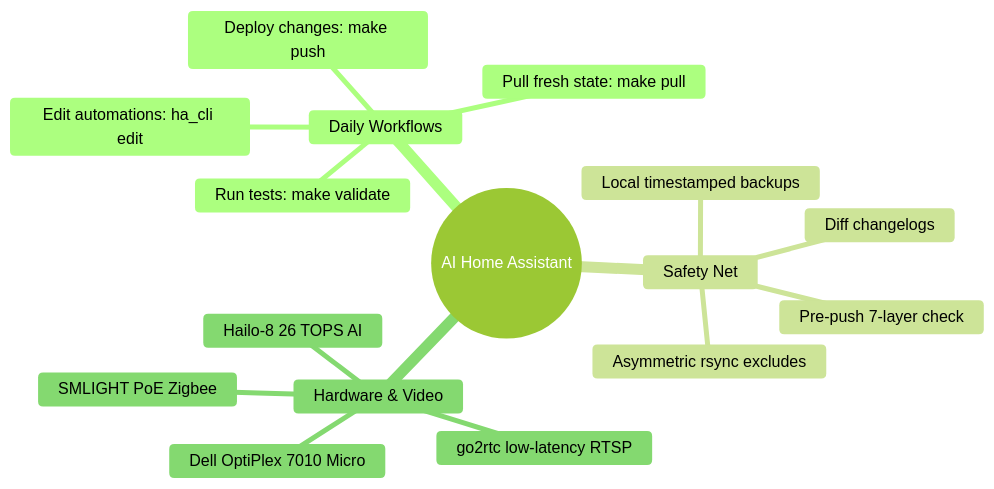
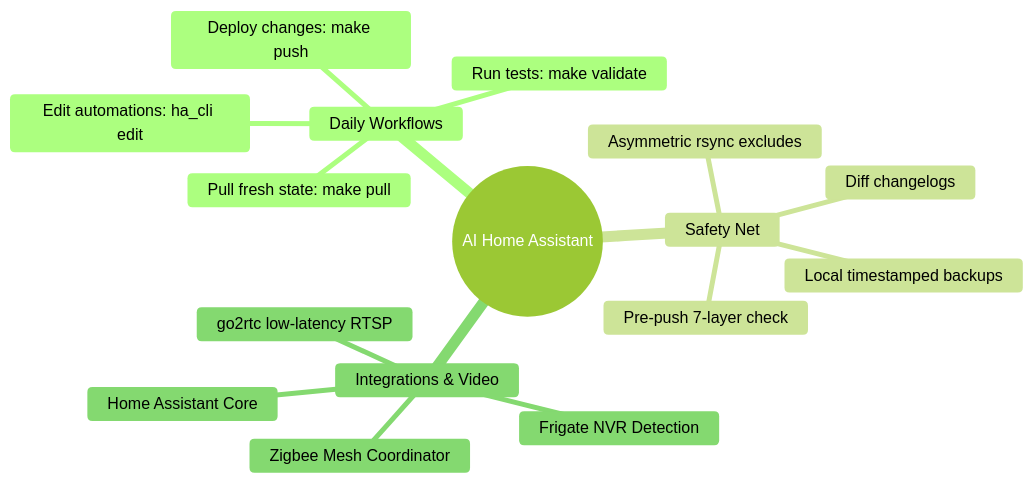
Before and after one commit to stephenwong/claude-homeassistant: the second of 2 diagrams in docs/wiki/Home.md, drawn with Mermaid (forest theme). The commit also changed other lines of this file and 3 other files, not shown here.

First line of the commit message:
docs: remove specific hardware models and generalize architecture

````diff
--- a/docs/wiki/Home.md
+++ b/docs/wiki/Home.md
@@ -114,19 +114,19 @@
 ```mermaid
 mindmap
   root((AI Home Assistant))
     Daily Workflows
       Edit automations: ha_cli edit
       Run tests: make validate
       Deploy changes: make push
       Pull fresh state: make pull
     Safety Net
       Pre-push 7-layer check
       Asymmetric rsync excludes
       Local timestamped backups
       Diff changelogs
-    Hardware & Video
-      Dell OptiPlex 7010 Micro
-      Hailo-8 26 TOPS AI
-      SMLIGHT PoE Zigbee
+    Integrations & Video
+      Home Assistant Core
+      Frigate NVR Detection
+      Zigbee Mesh Coordinator
       go2rtc low-latency RTSP
 ```
````
